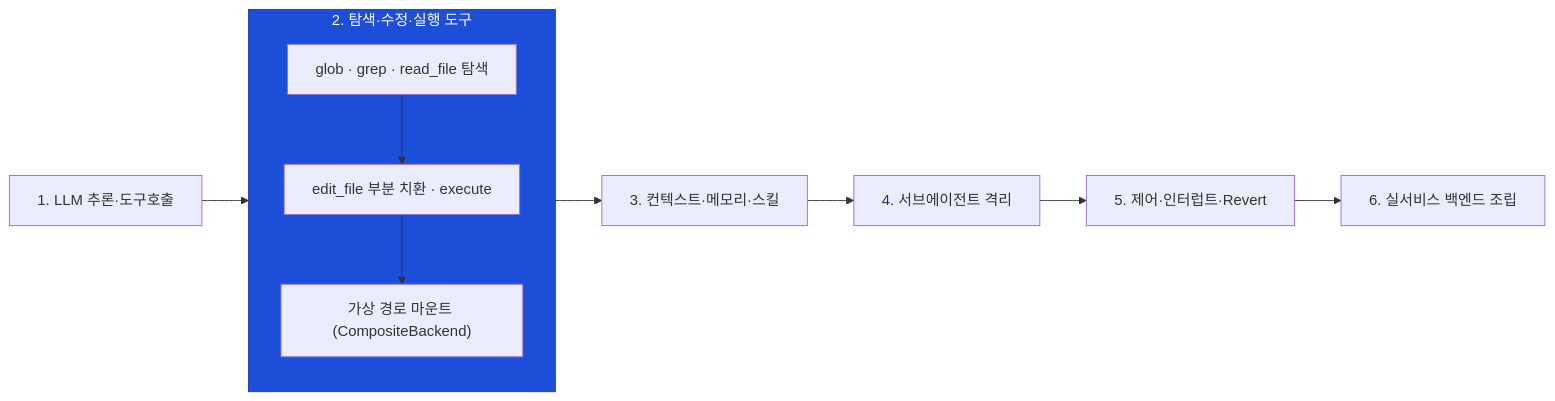
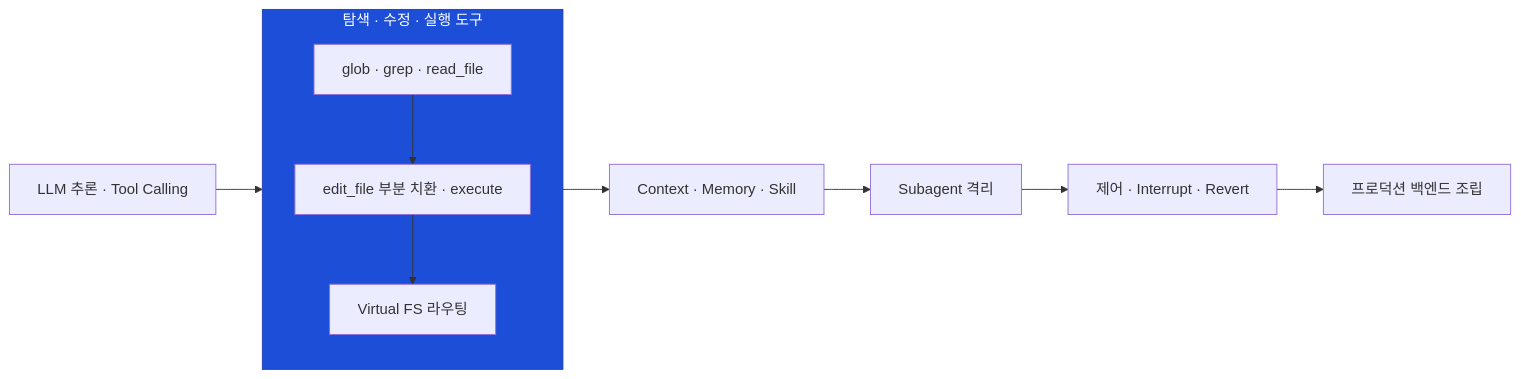
The fourth of 12 diagrams in docs/coding-agent-study.md (Abyssey/anvil), drawn with Mermaid before and after one commit. The commit also changed other lines of this file and 3 other files, not shown here.

````diff
--- a/docs/coding-agent-study.md
+++ b/docs/coding-agent-study.md
@@ -231,14 +246,14 @@
 ```mermaid
 flowchart LR
-  S1["1. LLM 추론·도구호출"]
-  subgraph S2["2. 탐색·수정·실행 도구"]
+  S1["LLM 추론 · Tool Calling"]
+  subgraph S2["탐색 · 수정 · 실행 도구"]
     direction TB
-    S2A["glob · grep · read_file 탐색"] --> S2B["edit_file 부분 치환 · execute"] --> S2C["가상 경로 마운트 (CompositeBackend)"]
+    S2A["glob · grep · read_file"] --> S2B["edit_file 부분 치환 · execute"] --> S2C["Virtual FS 라우팅"]
   end
-  S3["3. 컨텍스트·메모리·스킬"]
-  S4["4. 서브에이전트 격리"]
-  S5["5. 제어·인터럽트·Revert"]
-  S6["6. 실서비스 백엔드 조립"]
+  S3["Context · Memory · Skill"]
+  S4["Subagent 격리"]
+  S5["제어 · Interrupt · Revert"]
+  S6["프로덕션 백엔드 조립"]
   S1 --> S2 --> S3 --> S4 --> S5 --> S6
   style S2 fill:#1d4ed8,stroke:#1e40af,color:#ffffff
 ```
````
